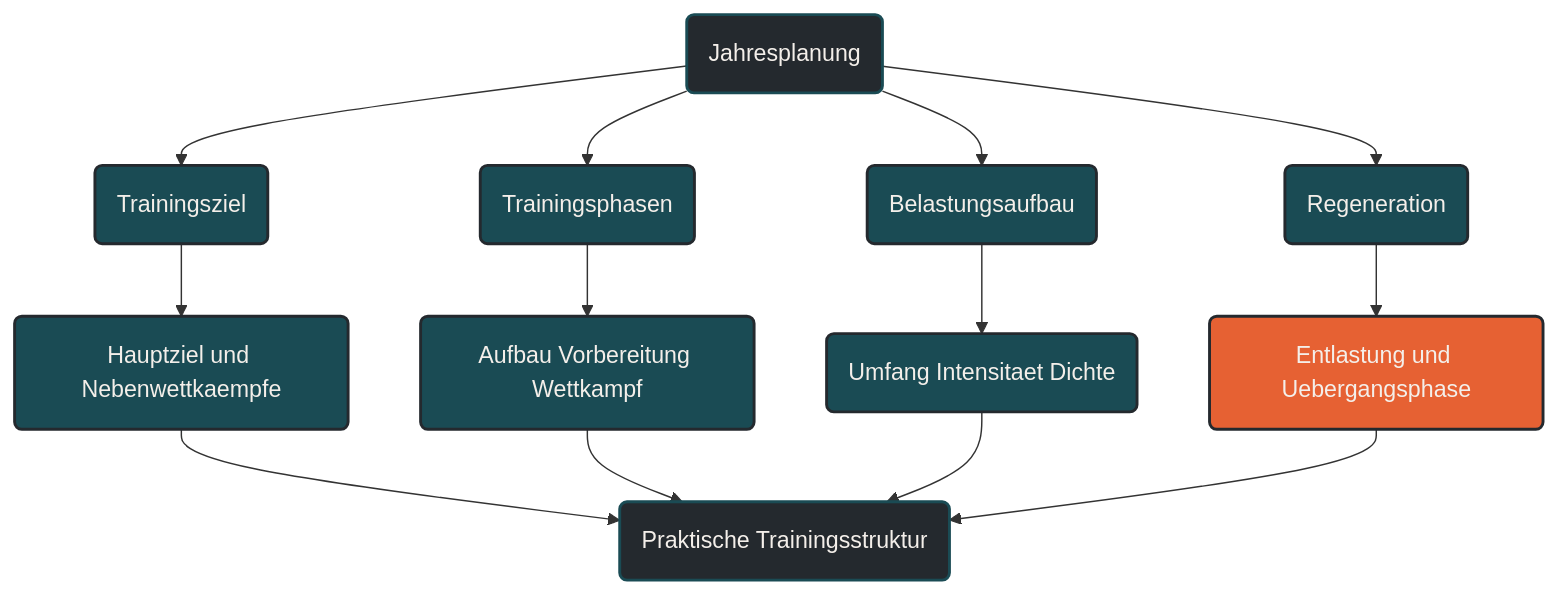
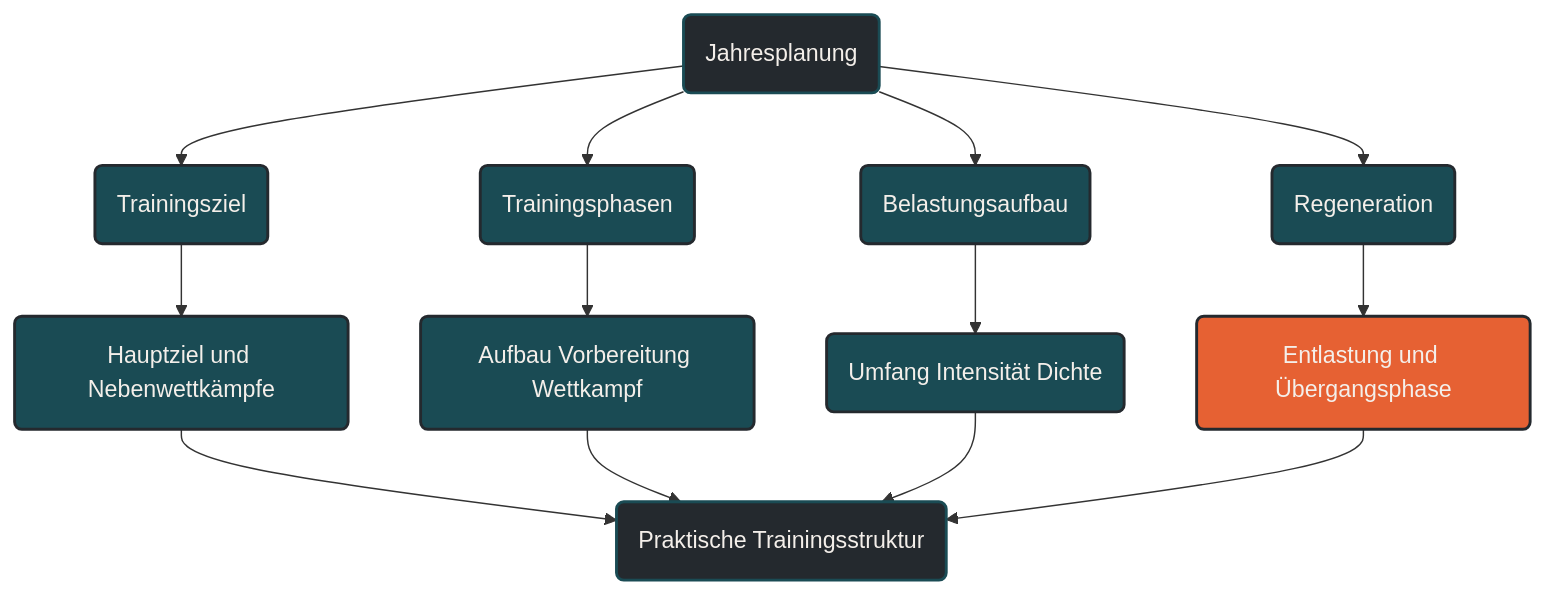
One commit to Quixos40K/ausdauersport-typemill changed the diagram in content/00-ausdauersport/00-trainingswissenschaft/03-trainingsplanung/01-jahresplanung.md. Above: the diagram before and after it, drawn with Mermaid.

Commit message:
Fix spelling of 'Nebenwettkämpfe' and accents

````diff
--- a/content/00-ausdauersport/00-trainingswissenschaft/03-trainingsplanung/01-jahresplanung.md
+++ b/content/00-ausdauersport/00-trainingswissenschaft/03-trainingsplanung/01-jahresplanung.md
@@ -93,33 +93,33 @@
 ```mermaid
 graph TD
     A(Jahresplanung) --> B(Trainingsziel)
     A --> C(Trainingsphasen)
     A --> D(Belastungsaufbau)
     A --> E(Regeneration)
 
-    B --> F(Hauptziel und Nebenwettkaempfe)
+    B --> F(Hauptziel und Nebenwettkämpfe)
     C --> G(Aufbau Vorbereitung Wettkampf)
-    D --> H(Umfang Intensitaet Dichte)
-    E --> I(Entlastung und Uebergangsphase)
+    D --> H(Umfang Intensität Dichte)
+    E --> I(Entlastung und Übergangsphase)
 
     F --> J(Praktische Trainingsstruktur)
     G --> J
     H --> J
     I --> J
 
     classDef default fill:#F4EFEA,stroke:#1A4B54,stroke-width:2px,color:#24292E;
     classDef primary fill:#1A4B54,stroke:#24292E,stroke-width:2px,color:#F4EFEA;
     classDef highlight fill:#E66133,stroke:#24292E,stroke-width:2px,color:#F4EFEA;
     classDef dark fill:#24292E,stroke:#1A4B54,stroke-width:2px,color:#F4EFEA;
 
     class A dark;
     class B primary;
     class C primary;
     class D primary;
     class E primary;
     class F primary;
     class G primary;
     class H primary;
     class I highlight;
     class J dark;
 ```
````
